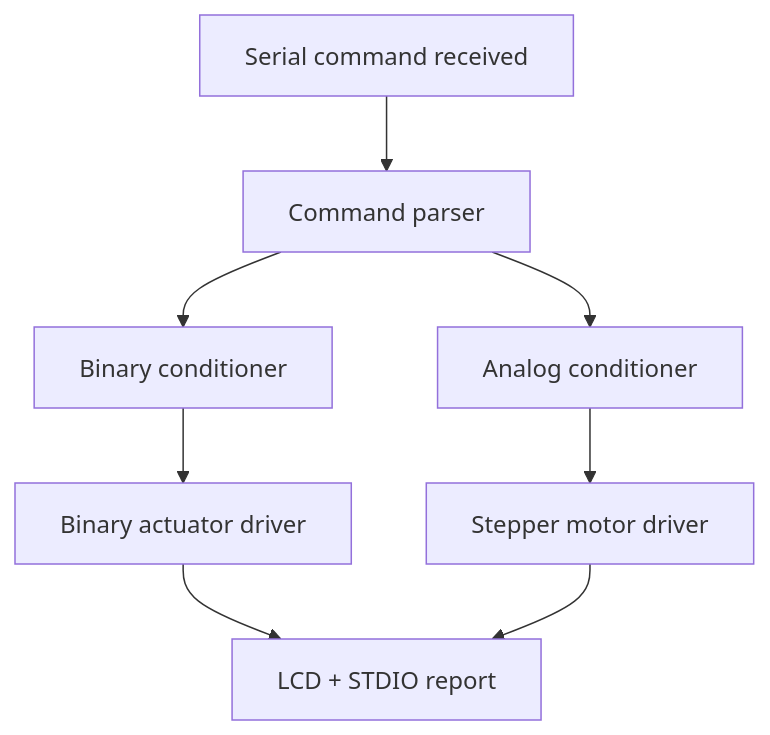
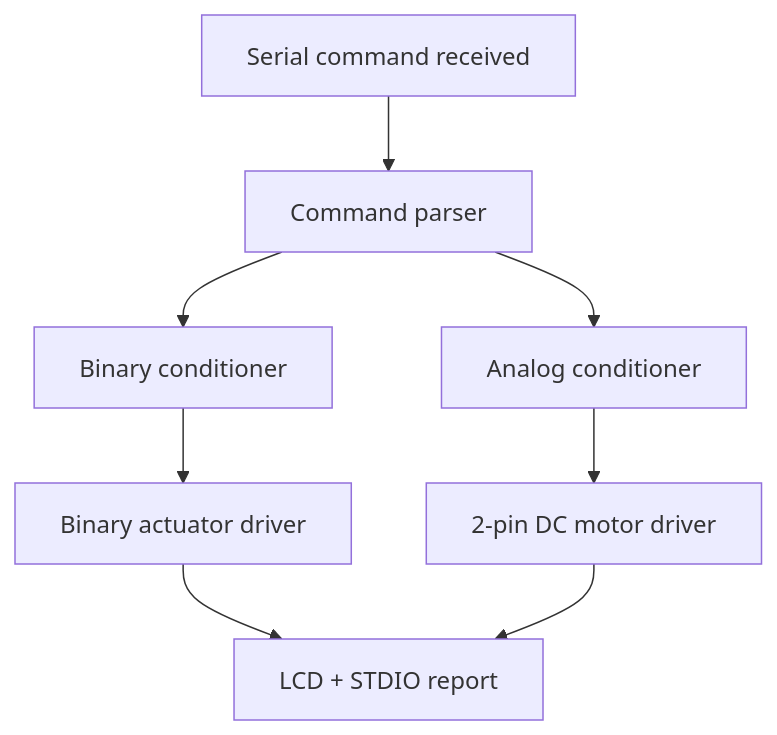
One commit to Ekkusuu/embedded-systems-repo changed the first of 2 diagrams in lab7/README.md. Above: the diagram before and after it, drawn with Mermaid. The commit also changed other lines of this file and 15 other files, not shown here.

````diff
--- a/lab7/README.md
+++ b/lab7/README.md
@@ -65,10 +65,10 @@
 ```mermaid
 flowchart TD
     A[Serial command received] --> B[Command parser]
     B --> C[Binary conditioner]
     B --> D[Analog conditioner]
     C --> E[Binary actuator driver]
-    D --> F[Stepper motor driver]
+    D --> F[2-pin DC motor driver]
     E --> G[LCD + STDIO report]
     F --> G
 ```
````
